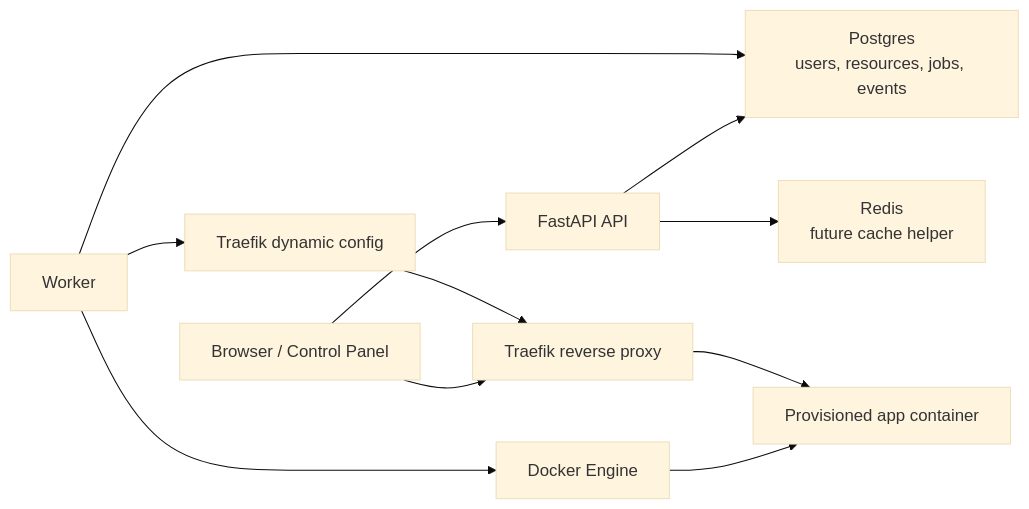
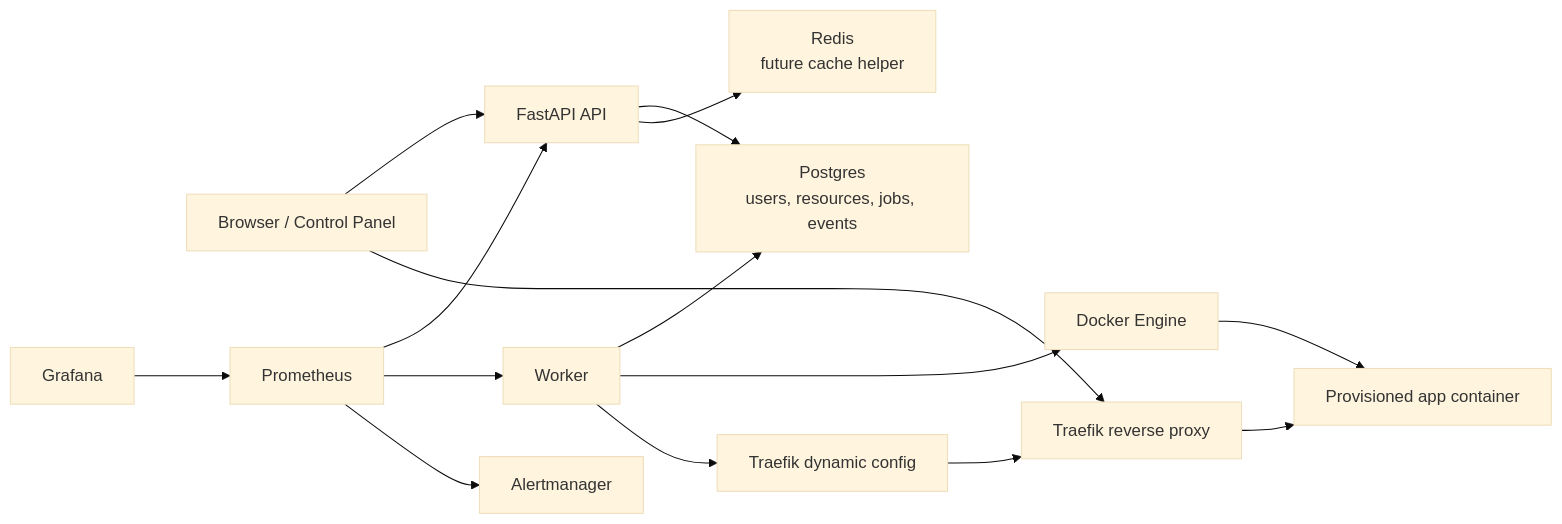
Before and after one commit to DavidMendoza54/Gaming-Provisioning-: the diagram in README.md, drawn with Mermaid (base theme). The commit also changed other lines of this file and 24 other files, not shown here.

````diff
--- a/README.md
+++ b/README.md
@@ -33,13 +35,17 @@
 ```mermaid
 flowchart LR
     Browser["Browser / Control Panel"] --> API["FastAPI API"]
     API --> DB["Postgres\nusers, resources, jobs, events"]
     API --> Redis["Redis\nfuture cache helper"]
     Worker["Worker"] --> DB
+    Prometheus["Prometheus"] --> API
+    Prometheus --> Worker
+    Grafana["Grafana"] --> Prometheus
+    Prometheus --> Alertmanager["Alertmanager"]
     Worker --> Docker["Docker Engine"]
     Worker --> TraefikConfig["Traefik dynamic config"]
     Docker --> App["Provisioned app container"]
     Traefik["Traefik reverse proxy"] --> App
     Browser --> Traefik
     TraefikConfig --> Traefik
 ```
````
